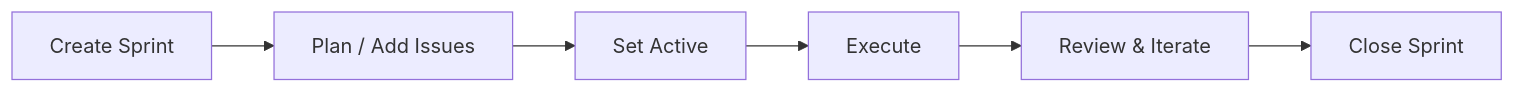
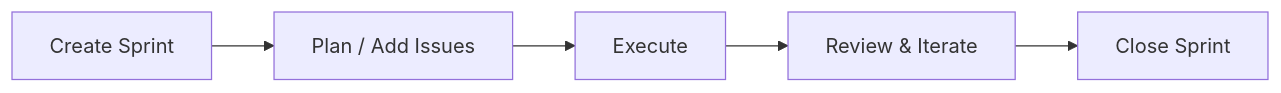
One commit to asgarovf/locusai changed the first of 2 diagrams in docs/concepts/sprints-and-issues.md. Above: the diagram before and after it, drawn with Mermaid. The commit also changed other lines of this file and 25 other files, not shown here.

````diff
--- a/docs/concepts/sprints-and-issues.md
+++ b/docs/concepts/sprints-and-issues.md
@@ -13,8 +13,7 @@
 ```mermaid
 graph LR
     A[Create Sprint] --> B[Plan / Add Issues]
-    B --> C[Set Active]
-    C --> D[Execute]
-    D --> E[Review & Iterate]
-    E --> F[Close Sprint]
+    B --> C[Execute]
+    C --> D[Review & Iterate]
+    D --> E[Close Sprint]
 ```
````
